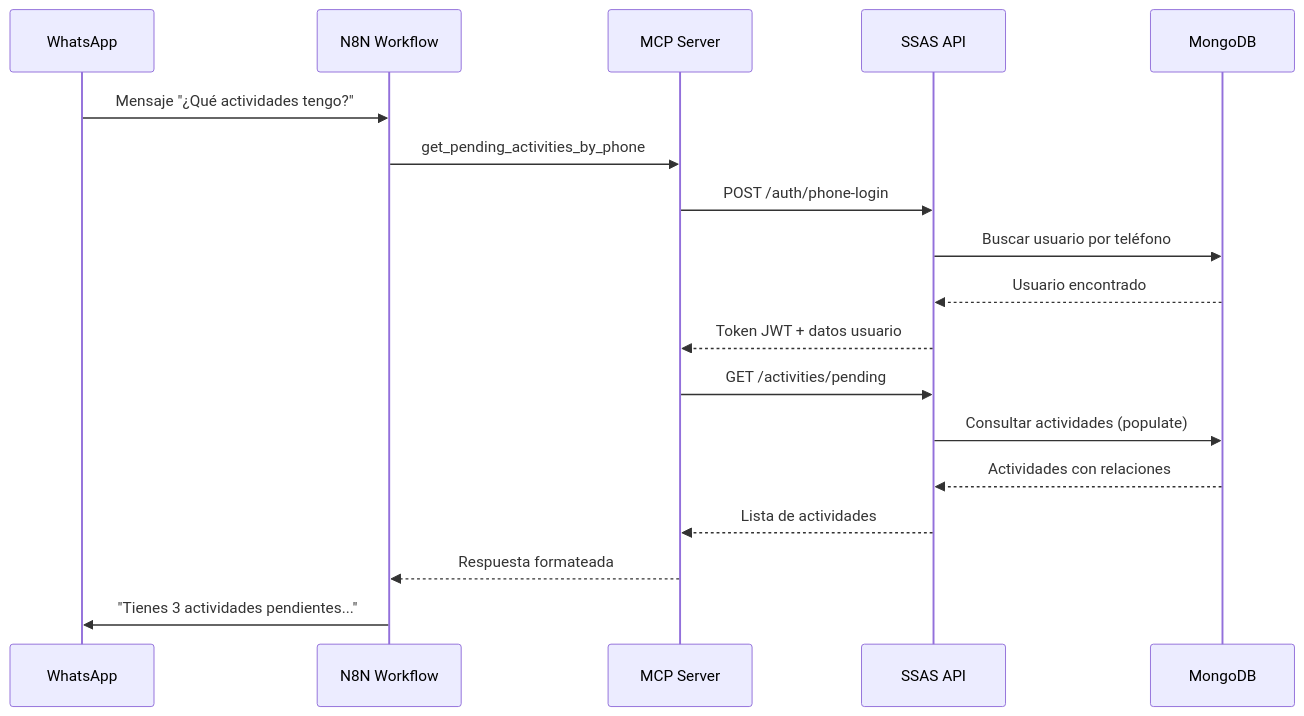
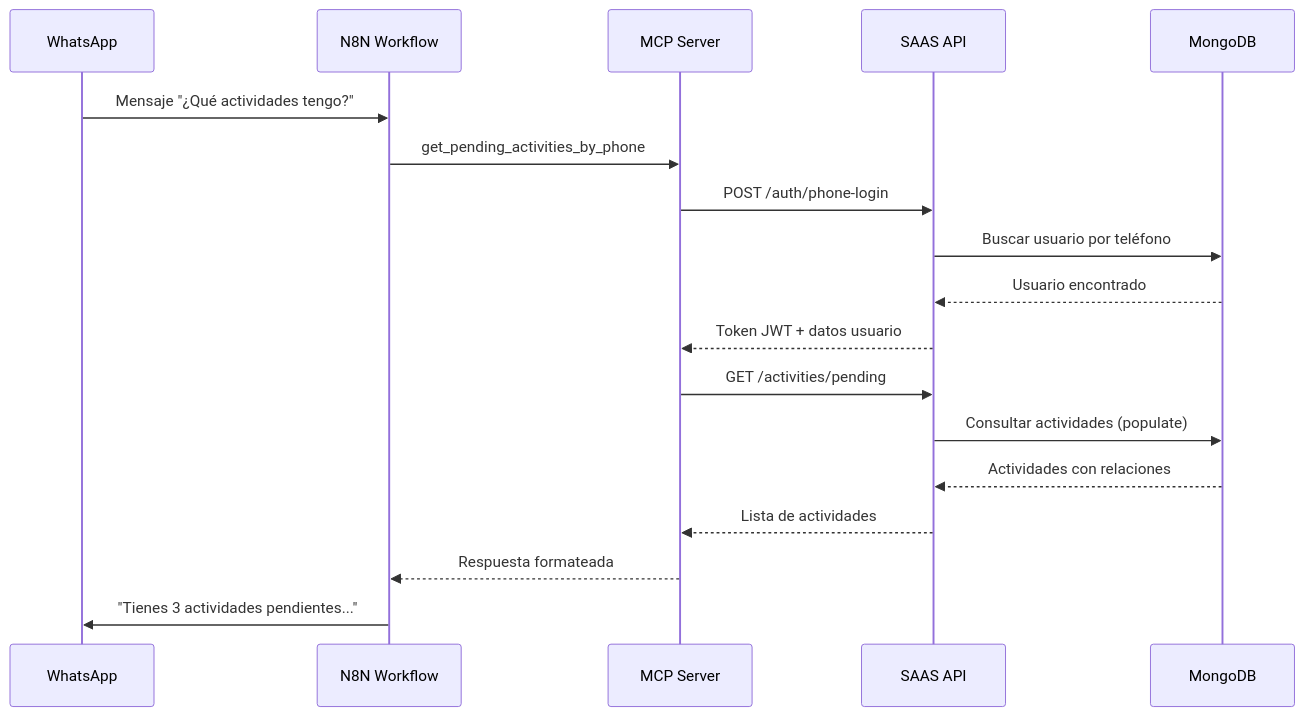
The second of 2 diagrams in README.md (luisvasquezdelaguila/ssas-activity), drawn with Mermaid before and after one commit. The commit also changed other lines of this file, not shown here.

````diff
--- a/README.md
+++ b/README.md
@@ -208,21 +208,21 @@
 ```mermaid
 sequenceDiagram
     participant WA as WhatsApp
     participant N8N as N8N Workflow
     participant MCP as MCP Server
-    participant API as SSAS API
+    participant API as SAAS API
     participant DB as MongoDB
 
     WA->>N8N: Mensaje "¿Qué actividades tengo?"
     N8N->>MCP: get_pending_activities_by_phone
     MCP->>API: POST /auth/phone-login
     API->>DB: Buscar usuario por teléfono
     DB-->>API: Usuario encontrado
     API-->>MCP: Token JWT + datos usuario
     MCP->>API: GET /activities/pending
     API->>DB: Consultar actividades (populate)
     DB-->>API: Actividades con relaciones
     API-->>MCP: Lista de actividades
     MCP-->>N8N: Respuesta formateada
     N8N->>WA: "Tienes 3 actividades pendientes..."
 ```
````
